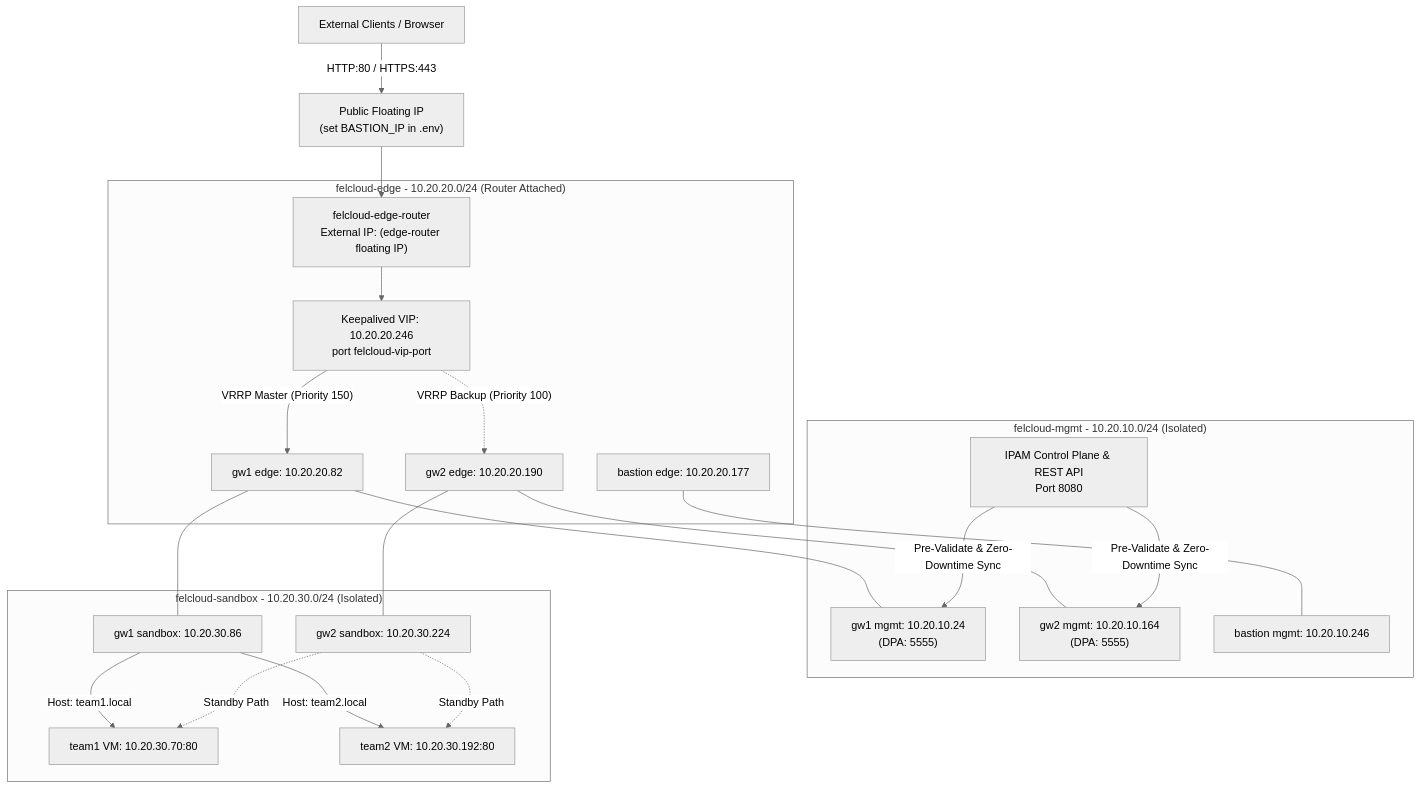
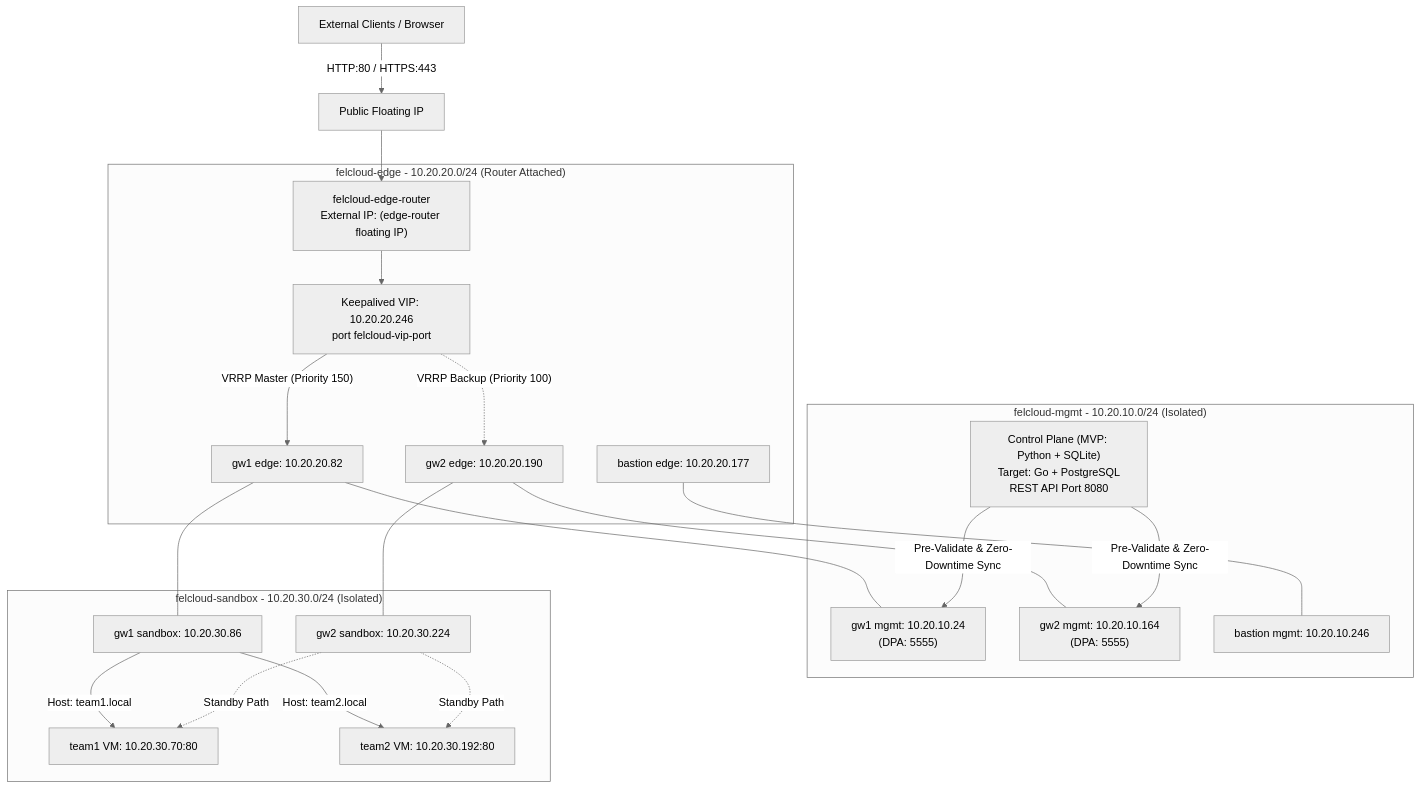
One commit to Yassminefeki/Resilient-IP-Gateway-and-Multi-Tenant-Routing changed the first of 3 diagrams in README.md. Above: the diagram before and after it, drawn with Mermaid (neutral theme). The commit also changed other lines of this file, not shown here.

````diff
--- a/README.md
+++ b/README.md
@@ -75,44 +79,44 @@
 ```mermaid
 flowchart TB
     Client["External Clients / Browser"]
-    PUB["Public Floating IP\n(set BASTION_IP in .env)"]
+    PUB["Public Floating IP\n"]
     Client -->|HTTP:80 / HTTPS:443| PUB
 
     subgraph EDGE["felcloud-edge - 10.20.20.0/24 (Router Attached)"]
         RTR["felcloud-edge-router<br/>External IP: (edge-router floating IP)"]
         VIP["Keepalived VIP: 10.20.20.246<br/>port felcloud-vip-port"]
         GW1E["gw1 edge: 10.20.20.82"]
         GW2E["gw2 edge: 10.20.20.190"]
         BASE["bastion edge: 10.20.20.177"]
     end
 
     subgraph MGMT["felcloud-mgmt - 10.20.10.0/24 (Isolated)"]
         GW1M["gw1 mgmt: 10.20.10.24<br/>(DPA: 5555)"]
         GW2M["gw2 mgmt: 10.20.10.164<br/>(DPA: 5555)"]
         BASM["bastion mgmt: 10.20.10.246"]
-        IPAM["IPAM Control Plane & REST API<br/>Port 8080"]
+        IPAM["Control Plane (MVP: Python + SQLite)<br/>Target: Go + PostgreSQL<br/>REST API Port 8080"]
     end
 
     subgraph SBX["felcloud-sandbox - 10.20.30.0/24 (Isolated)"]
         GW1S["gw1 sandbox: 10.20.30.86"]
         GW2S["gw2 sandbox: 10.20.30.224"]
         T1["team1 VM: 10.20.30.70:80"]
         T2["team2 VM: 10.20.30.192:80"]
     end
 
     PUB --> RTR
     RTR --> VIP
     VIP -->|"VRRP Master (Priority 150)"| GW1E
     VIP -.->|"VRRP Backup (Priority 100)"| GW2E
     GW1E --- GW1M
     GW1E --- GW1S
     GW2E --- GW2M
     GW2E --- GW2S
     GW1S -->|"Host: team1.local"| T1
     GW1S -->|"Host: team2.local"| T2
     GW2S -.->|"Standby Path"| T1
     GW2S -.->|"Standby Path"| T2
     BASE --- BASM
     IPAM -->|"Pre-Validate & Zero-Downtime Sync"| GW1M
     IPAM -->|"Pre-Validate & Zero-Downtime Sync"| GW2M
 ```
````
